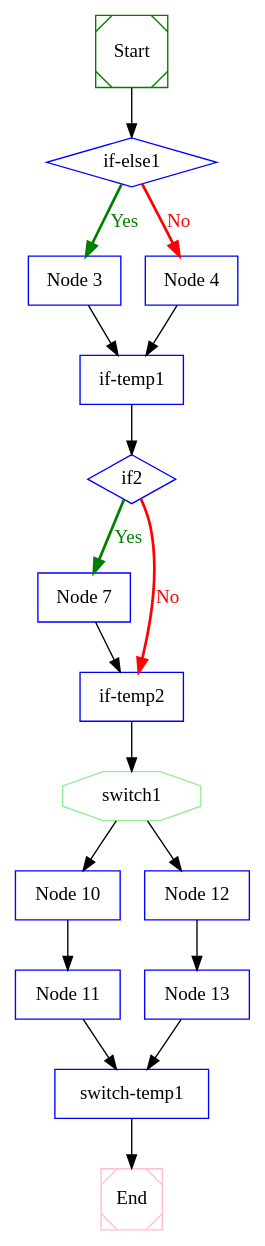
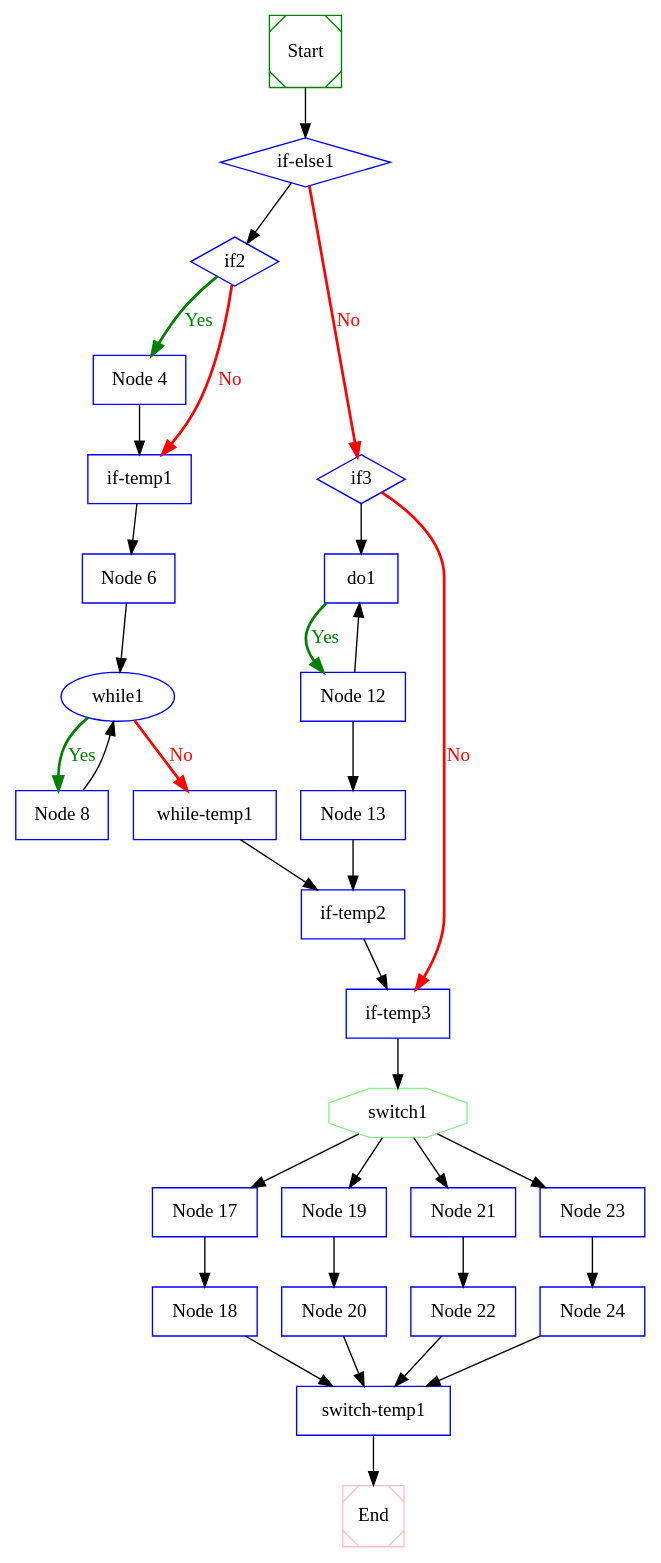
The diagram in out/test.dot (Naplues/Static-Analysis), drawn with Graphviz before and after one commit. The commit also changed 18 other files, not shown here.

```diff
--- a/out/test.dot
+++ b/out/test.dot
@@ -1,49 +1,87 @@
 digraph CFG {
  1  [shape = Msquare, color = green, label = "Start", ]
  2  [shape = diamond, color = blue, label = "if-else1", ]
- 3  [shape = box, color = blue, label = "Node 3", ]
+ 3  [shape = diamond, color = blue, label = "if2", ]
  4  [shape = box, color = blue, label = "Node 4", ]
  5  [shape = box, color = blue, label = "if-temp1", ]
- 6  [shape = diamond, color = blue, label = "if2", ]
- 7  [shape = box, color = blue, label = "Node 7", ]
- 8  [shape = box, color = blue, label = "if-temp2", ]
- 9  [shape = octagon, color = lightgreen, label = "switch1", ]
- 10  [shape = box, color = blue, label = "Node 10", ]
- 11  [shape = box, color = blue, label = "Node 11", ]
+ 6  [shape = box, color = blue, label = "Node 6", ]
+ 7  [shape = ellipse, color = blue, label = "while1", ]
+ 8  [shape = box, color = blue, label = "Node 8", ]
+ 9  [shape = box, color = blue, label = "while-temp1", ]
+ 10  [shape = diamond, color = blue, label = "if3", ]
+ 11  [shape = box, color = blue, label = "do1", ]
  12  [shape = box, color = blue, label = "Node 12", ]
  13  [shape = box, color = blue, label = "Node 13", ]
- 14  [shape = box, color = blue, label = "switch-temp1", ]
- 15  [shape = Msquare, color = pink, label = "End", ]
+ 14  [shape = box, color = blue, label = "if-temp2", ]
+ 15  [shape = box, color = blue, label = "if-temp3", ]
+ 16  [shape = octagon, color = lightgreen, label = "switch1", ]
+ 17  [shape = box, color = blue, label = "Node 17", ]
+ 18  [shape = box, color = blue, label = "Node 18", ]
+ 19  [shape = box, color = blue, label = "Node 19", ]
+ 20  [shape = box, color = blue, label = "Node 20", ]
+ 21  [shape = box, color = blue, label = "Node 21", ]
+ 22  [shape = box, color = blue, label = "Node 22", ]
+ 23  [shape = box, color = blue, label = "Node 23", ]
+ 24  [shape = box, color = blue, label = "Node 24", ]
+ 25  [shape = box, color = blue, label = "switch-temp1", ]
+ 26  [shape = Msquare, color = pink, label = "End", ]
  1  ->  2  [style = solid, label="", fillcolor = black, color = black, fontcolor = black]
 
- 2  ->  4  [style = bold, label="No", fillcolor = red, color = red, fontcolor = red]
- 2  ->  3  [style = bold, label="Yes", fillcolor = green, color = green, fontcolor = green]
+ 2  ->  10  [style = bold, label="No", fillcolor = red, color = red, fontcolor = red]
+ 2  ->  3  [style = solid, label="", fillcolor = black, color = black, fontcolor = black]
 
- 3  ->  5  [style = solid, label="", fillcolor = black, color = black, fontcolor = black]
+ 3  ->  5  [style = bold, label="No", fillcolor = red, color = red, fontcolor = red]
+ 3  ->  4  [style = bold, label="Yes", fillcolor = green, color = green, fontcolor = green]
 
  4  ->  5  [style = solid, label="", fillcolor = black, color = black, fontcolor = black]
 
  5  ->  6  [style = solid, label="", fillcolor = black, color = black, fontcolor = black]
 
- 6  ->  8  [style = bold, label="No", fillcolor = red, color = red, fontcolor = red]
- 6  ->  7  [style = bold, label="Yes", fillcolor = green, color = green, fontcolor = green]
+ 6  ->  7  [style = solid, label="", fillcolor = black, color = black, fontcolor = black]
 
- 7  ->  8  [style = solid, label="", fillcolor = black, color = black, fontcolor = black]
+ 7  ->  9  [style = bold, label="No", fillcolor = red, color = red, fontcolor = red]
+ 7  ->  8  [style = bold, label="Yes", fillcolor = green, color = green, fontcolor = green]
 
- 8  ->  9  [style = solid, label="", fillcolor = black, color = black, fontcolor = black]
+ 8  ->  7  [style = solid, label="", fillcolor = black, color = black, fontcolor = black]
 
- 9  ->  12  [style = solid, label="", fillcolor = black, color = black, fontcolor = black]
- 9  ->  10  [style = solid, label="", fillcolor = black, color = black, fontcolor = black]
+ 9  ->  14  [style = solid, label="", fillcolor = black, color = black, fontcolor = black]
 
+ 10  ->  15  [style = bold, label="No", fillcolor = red, color = red, fontcolor = red]
  10  ->  11  [style = solid, label="", fillcolor = black, color = black, fontcolor = black]
 
- 11  ->  14  [style = solid, label="", fillcolor = black, color = black, fontcolor = black]
+ 11  ->  12  [style = bold, label="Yes", fillcolor = green, color = green, fontcolor = green]
 
+ 12  ->  11  [style = solid, label="", fillcolor = black, color = black, fontcolor = black]
  12  ->  13  [style = solid, label="", fillcolor = black, color = black, fontcolor = black]
 
  13  ->  14  [style = solid, label="", fillcolor = black, color = black, fontcolor = black]
 
  14  ->  15  [style = solid, label="", fillcolor = black, color = black, fontcolor = black]
 
+ 15  ->  16  [style = solid, label="", fillcolor = black, color = black, fontcolor = black]
+
+ 16  ->  23  [style = solid, label="", fillcolor = black, color = black, fontcolor = black]
+ 16  ->  21  [style = solid, label="", fillcolor = black, color = black, fontcolor = black]
+ 16  ->  19  [style = solid, label="", fillcolor = black, color = black, fontcolor = black]
+ 16  ->  17  [style = solid, label="", fillcolor = black, color = black, fontcolor = black]
+
+ 17  ->  18  [style = solid, label="", fillcolor = black, color = black, fontcolor = black]
+
+ 18  ->  25  [style = solid, label="", fillcolor = black, color = black, fontcolor = black]
+
+ 19  ->  20  [style = solid, label="", fillcolor = black, color = black, fontcolor = black]
+
+ 20  ->  25  [style = solid, label="", fillcolor = black, color = black, fontcolor = black]
+
+ 21  ->  22  [style = solid, label="", fillcolor = black, color = black, fontcolor = black]
+
+ 22  ->  25  [style = solid, label="", fillcolor = black, color = black, fontcolor = black]
+
+ 23  ->  24  [style = solid, label="", fillcolor = black, color = black, fontcolor = black]
+
+ 24  ->  25  [style = solid, label="", fillcolor = black, color = black, fontcolor = black]
+
+ 25  ->  26  [style = solid, label="", fillcolor = black, color = black, fontcolor = black]
+
 
 }
```
